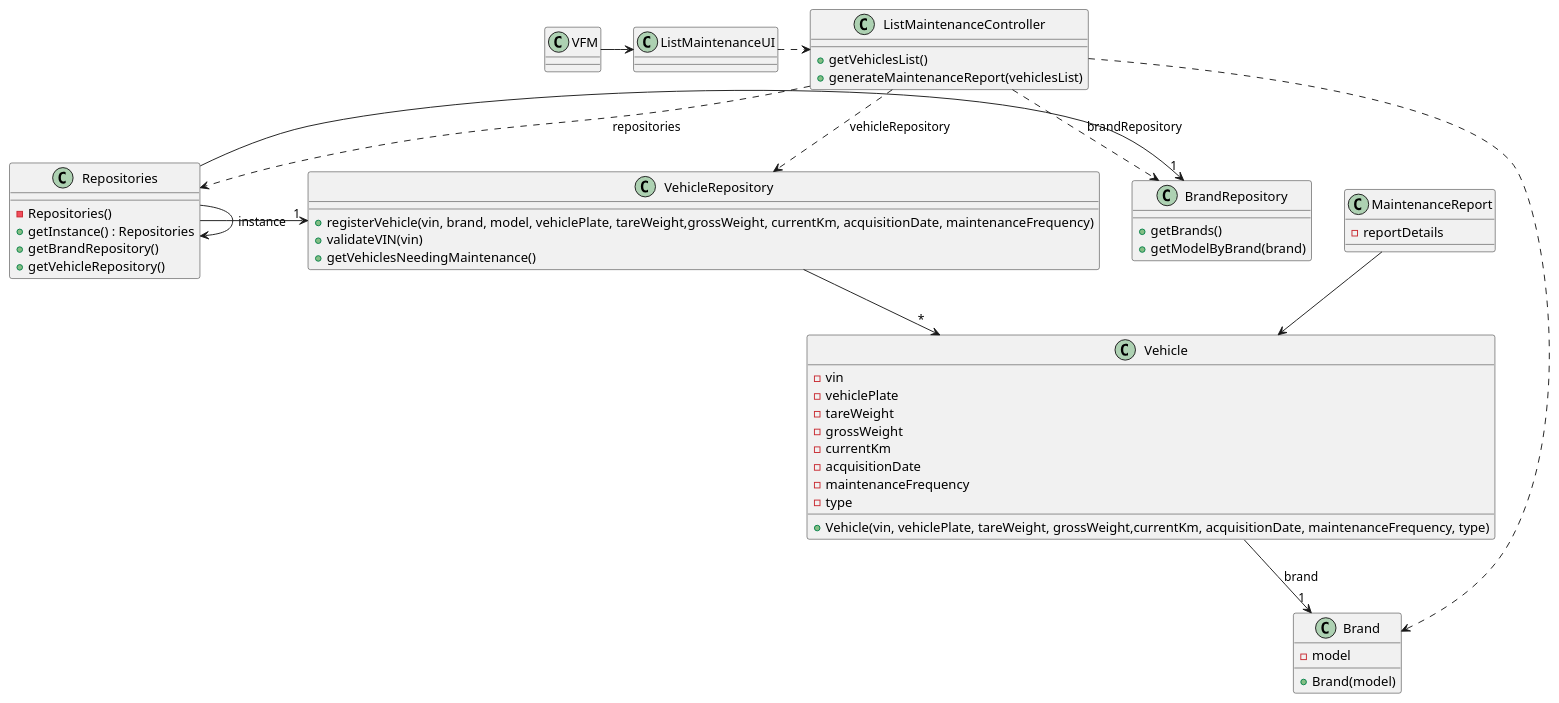
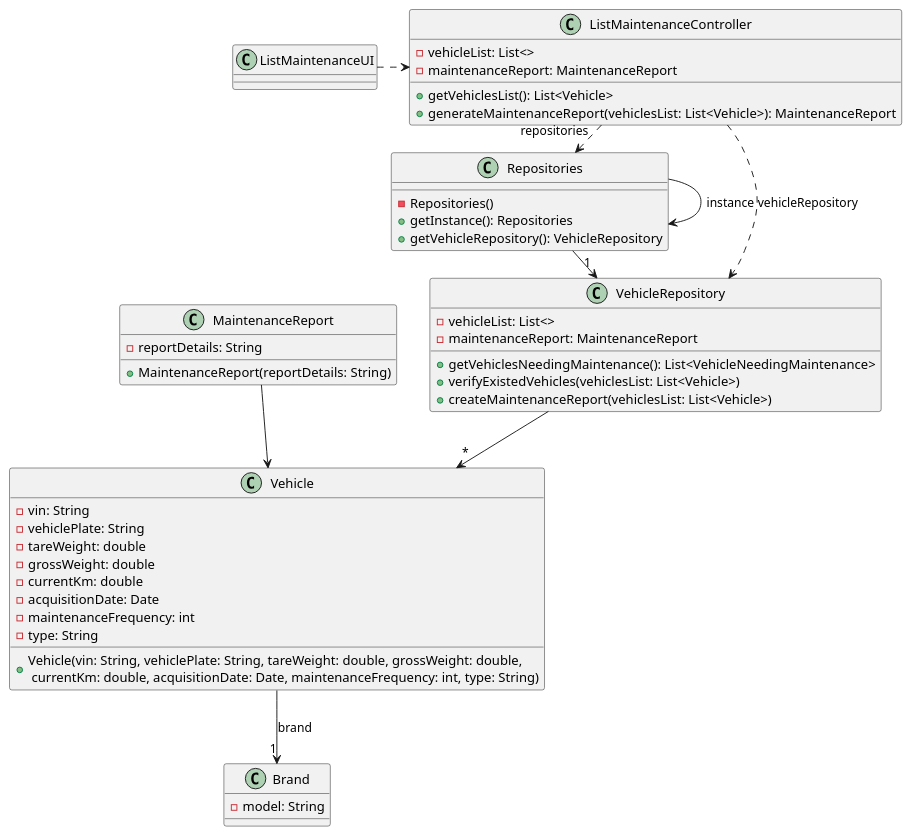
Before and after one commit to ricardomm7/leaflink: the diagram in docs/sprintB/us008/03.design/puml/us008-class-diagram.puml, drawn with PlantUML. The commit also changed 3 other files, not shown here.

Commit message:
LFC2-88<Finish the class diagram and change the sequence diagram> LFC2-90<Finish the class diagram and change the sequence diagram>

```diff
--- a/docs/sprintB/us008/03.design/puml/us008-class-diagram.puml
+++ b/docs/sprintB/us008/03.design/puml/us008-class-diagram.puml
@@ -1,84 +1,72 @@
 @startuml
 skinparam packageStyle rectangle
 skinparam shadowing false
 skinparam line type polyline
 
-class VFM {
+class ListMaintenanceUI{
 }
 
-class Vehicle {
-    - vin
-    - vehiclePlate
-    - tareWeight
-    - grossWeight
-    - currentKm
-    - acquisitionDate
-    - maintenanceFrequency
-    - type
+class ListMaintenanceController {
+    - vehicleList: List<>
+    - maintenanceReport: MaintenanceReport
 
-    + Vehicle(vin, vehiclePlate, tareWeight, grossWeight,currentKm, acquisitionDate, maintenanceFrequency, type)
-}
-
-class Brand {
-    - model
-
-    + Brand(model)
-}
-
-class VehicleRepository {
-    + registerVehicle(vin, brand, model, vehiclePlate, tareWeight,grossWeight, currentKm, acquisitionDate, maintenanceFrequency)
-    + validateVIN(vin)
-    + getVehiclesNeedingMaintenance()
-}
-
-class BrandRepository {
-    + getBrands()
-    + getModelByBrand(brand)
-}
-
-class MaintenanceReport {
-    - reportDetails
+    + getVehiclesList(): List<Vehicle>
+    + generateMaintenanceReport(vehiclesList: List<Vehicle>): MaintenanceReport
 }
 
 class Repositories {
     - Repositories()
-    + getInstance() : Repositories
-    + getBrandRepository()
-    + getVehicleRepository()
+    + getInstance(): Repositories
+    + getVehicleRepository(): VehicleRepository
 }
 
-class ListMaintenanceController {
-    + getVehiclesList()
-    + generateMaintenanceReport(vehiclesList)
+class VehicleRepository {
+    - vehicleList: List<>
+    - maintenanceReport: MaintenanceReport
+
+    + getVehiclesNeedingMaintenance(): List<VehicleNeedingMaintenance>
+    + verifyExistedVehicles(vehiclesList: List<Vehicle>)
+    + createMaintenanceReport(vehiclesList: List<Vehicle>)
 }
 
-class ListMaintenanceUI {
+class Vehicle {
+    - vin: String
+    - vehiclePlate: String
+    - tareWeight: double
+    - grossWeight: double
+    - currentKm: double
+    - acquisitionDate: Date
+    - maintenanceFrequency: int
+    - type: String
+
+    + Vehicle(vin: String, vehiclePlate: String, tareWeight: double, grossWeight: double, \n currentKm: double, acquisitionDate: Date, maintenanceFrequency: int, type: String)
+}
+
+class Brand {
+    - model: String
+}
+
+class MaintenanceReport {
+    - reportDetails: String
+    + MaintenanceReport(reportDetails: String)
 }
 
 
 
-VFM -> ListMaintenanceUI
 
 Repositories -> Repositories : instance
 
 ListMaintenanceUI .> ListMaintenanceController
 
 ListMaintenanceController .> Repositories : repositories
 
 Repositories -> "1" VehicleRepository
 
 ListMaintenanceController ..> VehicleRepository : vehicleRepository
 
 VehicleRepository --> "*" Vehicle
 
 Vehicle --> "1" Brand : brand
 
-Repositories -> "1" BrandRepository
-
-ListMaintenanceController ..> Brand
-ListMaintenanceController ..> BrandRepository : brandRepository
-
 MaintenanceReport --> Vehicle
-
-
 @enduml
```
